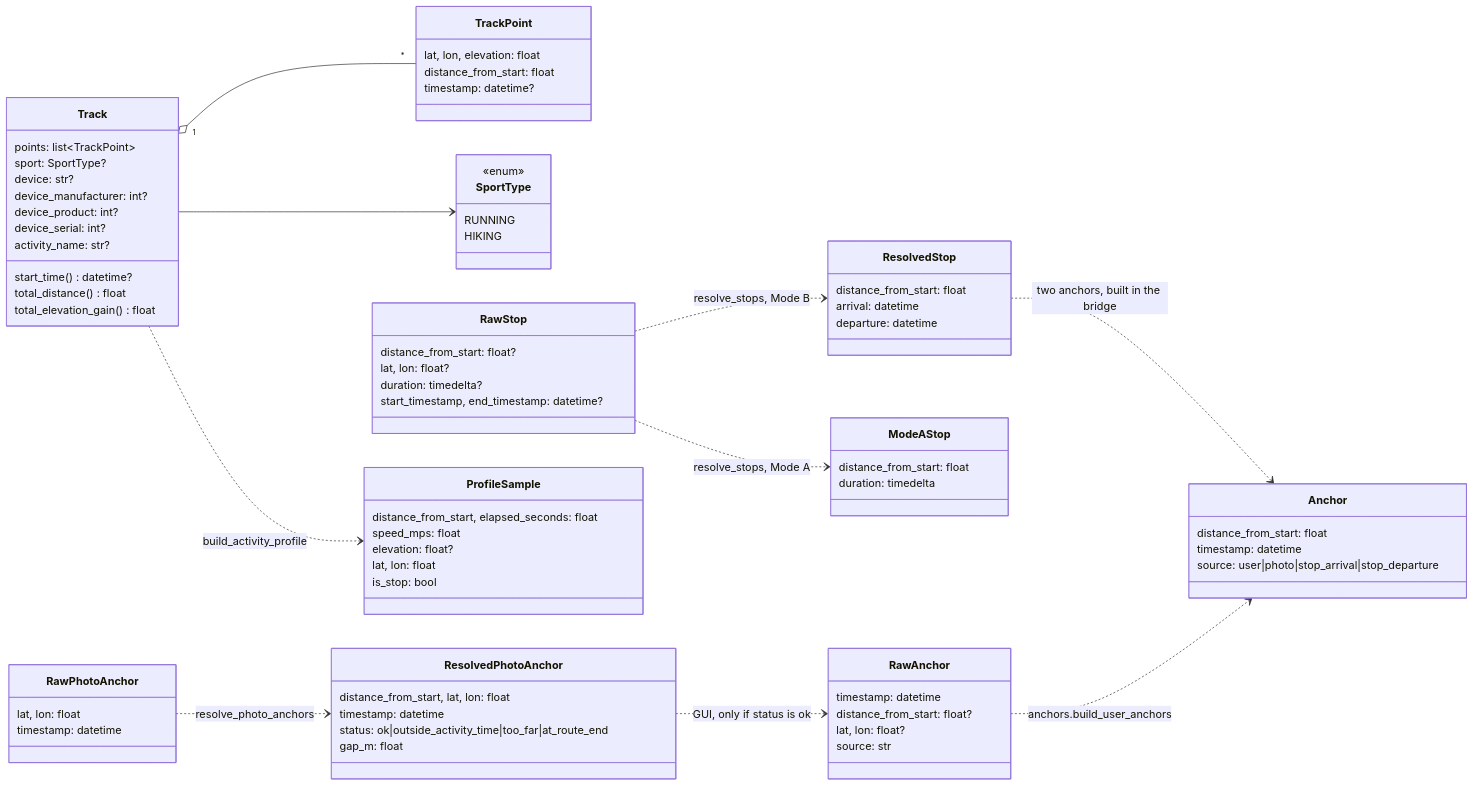
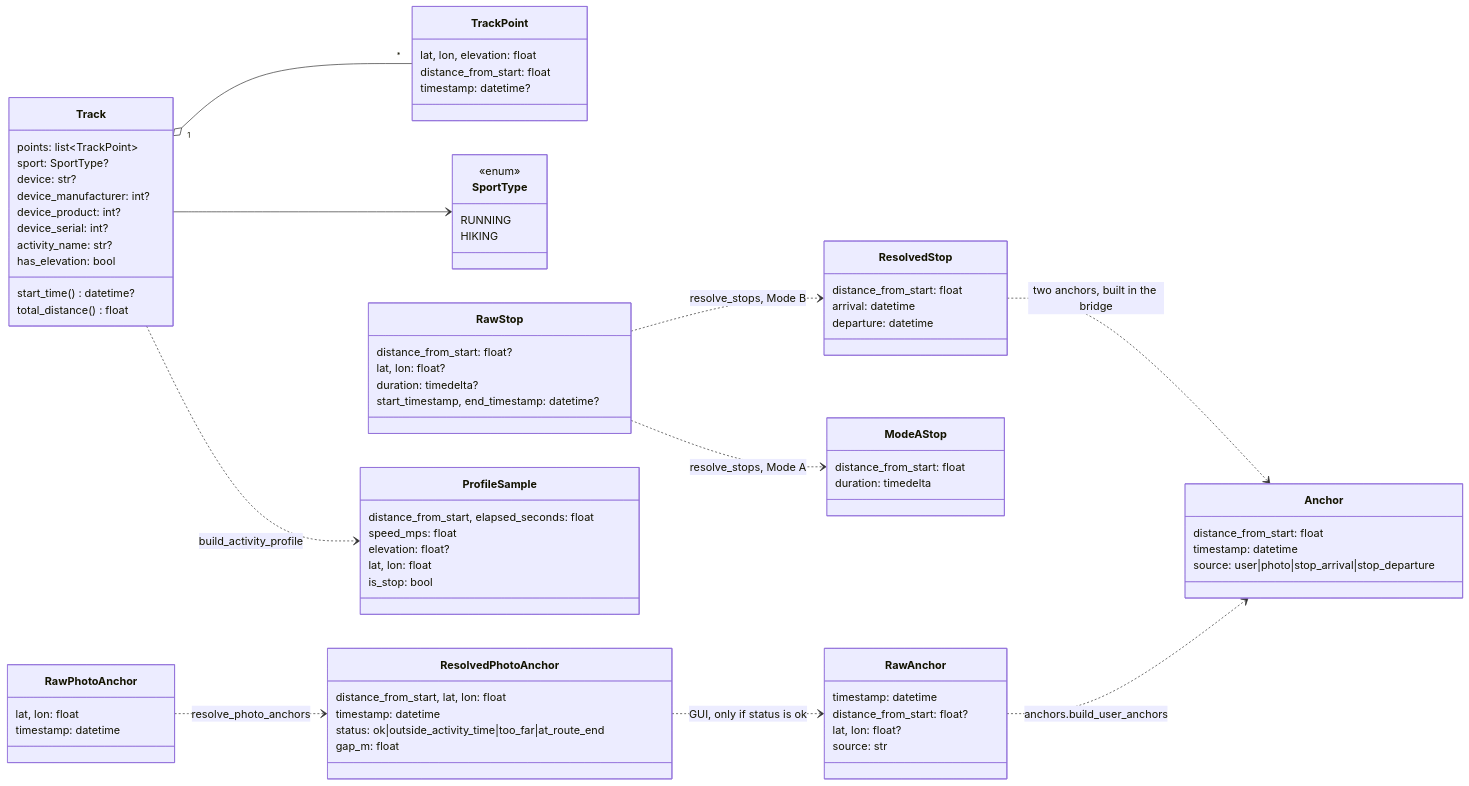
One commit to martin-iflap/GPX_to_FIT changed the second of 15 diagrams in docs/ARCHITECTURE.md. Above: the diagram before and after it, drawn with Mermaid. The commit also changed other lines of this file and 24 other files, not shown here.

````diff
--- a/docs/ARCHITECTURE.md
+++ b/docs/ARCHITECTURE.md
@@ -130,79 +130,79 @@
 ```mermaid
 classDiagram
   direction LR
   class Track {
     points: list~TrackPoint~
     sport: SportType?
     device: str?
     device_manufacturer: int?
     device_product: int?
     device_serial: int?
     activity_name: str?
+    has_elevation: bool
     start_time() datetime?
     total_distance() float
-    total_elevation_gain() float
   }
   class TrackPoint {
     lat, lon, elevation: float
     distance_from_start: float
     timestamp: datetime?
   }
   class SportType {
     <<enum>>
     RUNNING
     HIKING
   }
   class Anchor {
     distance_from_start: float
     timestamp: datetime
     source: user|photo|stop_arrival|stop_departure
   }
   class RawAnchor {
     timestamp: datetime
     distance_from_start: float?
     lat, lon: float?
     source: str
   }
   class RawStop {
     distance_from_start: float?
     lat, lon: float?
     duration: timedelta?
     start_timestamp, end_timestamp: datetime?
   }
   class ResolvedStop {
     distance_from_start: float
     arrival: datetime
     departure: datetime
   }
   class ModeAStop {
     distance_from_start: float
     duration: timedelta
   }
   class RawPhotoAnchor {
     lat, lon: float
     timestamp: datetime
   }
   class ResolvedPhotoAnchor {
     distance_from_start, lat, lon: float
     timestamp: datetime
     status: ok|outside_activity_time|too_far|at_route_end
     gap_m: float
   }
   class ProfileSample {
     distance_from_start, elapsed_seconds: float
     speed_mps: float
     elevation: float?
     lat, lon: float
     is_stop: bool
   }
 
   Track "1" o-- "*" TrackPoint
   Track --> SportType
   RawAnchor ..> Anchor : anchors.build_user_anchors
   RawStop ..> ResolvedStop : resolve_stops, Mode B
   RawStop ..> ModeAStop : resolve_stops, Mode A
   ResolvedStop ..> Anchor : two anchors, built in the bridge
   RawPhotoAnchor ..> ResolvedPhotoAnchor : resolve_photo_anchors
   ResolvedPhotoAnchor ..> RawAnchor : GUI, only if status is ok
   Track ..> ProfileSample : build_activity_profile
 ```
````
